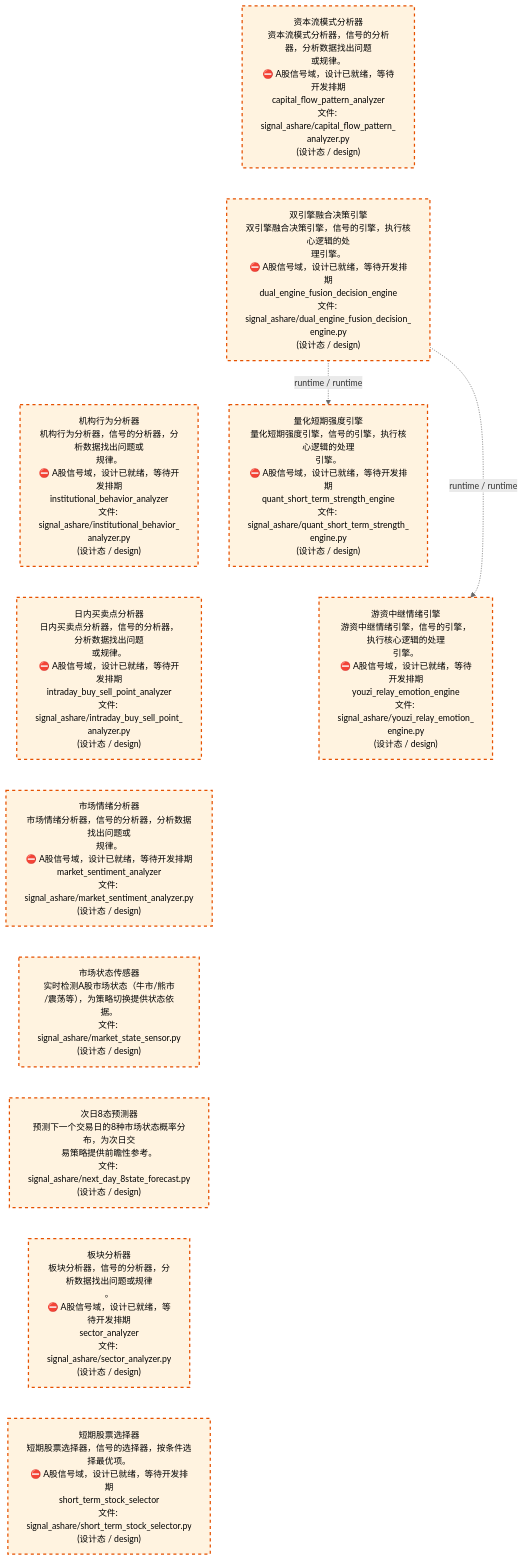
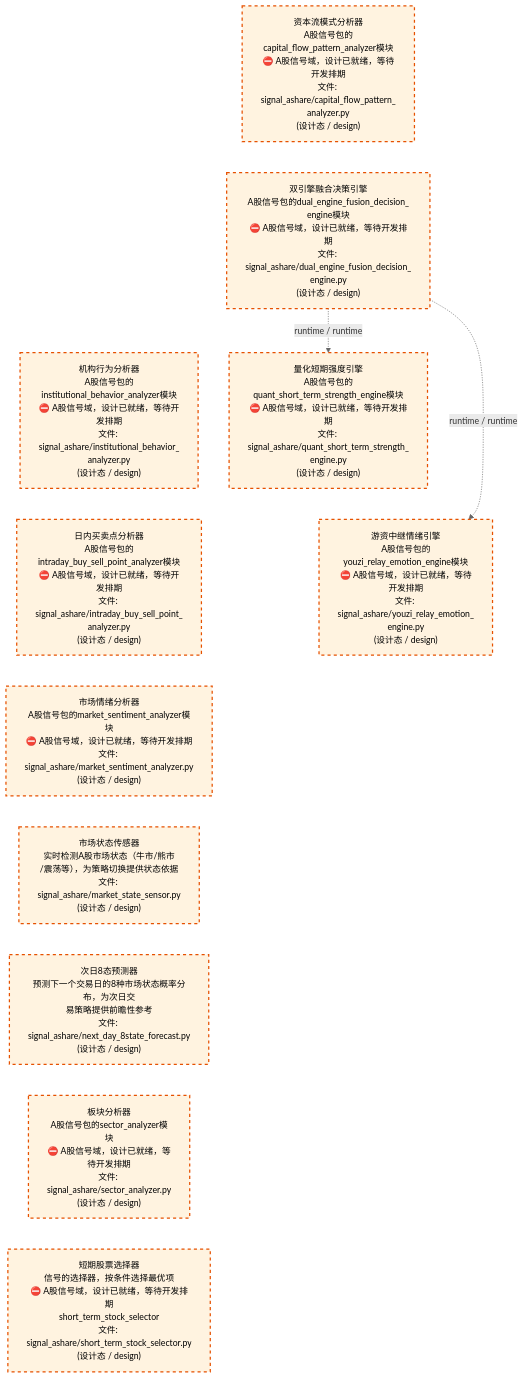
Before and after one commit to xuanFelixVan/ZephyrAlpha: the third of 4 diagrams in docs/02_enterprise_architecture/02_domain_architecture_docs/32_d_ashare_signal.md, drawn with Mermaid. The commit also changed other lines of this file and 62 other files, not shown here.

````diff
--- a/docs/02_enterprise_architecture/02_domain_architecture_docs/32_d_ashare_signal.md
+++ b/docs/02_enterprise_architecture/02_domain_architecture_docs/32_d_ashare_signal.md
@@ -137,31 +134,31 @@
 ```mermaid
 %%{init: {'theme': 'base', 'themeVariables': {'primaryColor': '#eaeaea', 'primaryTextColor': '#333333', 'primaryBorderColor': '#666666', 'lineColor': '#666666', 'secondaryColor': '#eaeaea', 'tertiaryColor': '#eaeaea', 'fontSize': '14px'}}}%%
 flowchart TD
-    src_zephyr_signal_ashare_capital_flow_pattern_analyzer_py["资本流模式分析器<br/>资本流模式分析器，信号的分析器，分析数据找出问题<br/>或规律。<br/>⛔ A股信号域，设计已就绪，等待开发排期<br/>capital_flow_pattern_analyzer<br/>文件: signal_ashare/capital_flow_pattern_<br/>analyzer.py<br/>(设计态 / design)"]
-    src_zephyr_signal_ashare_dual_engine_fusion_decision_engine_py["双引擎融合决策引擎<br/>双引擎融合决策引擎，信号的引擎，执行核心逻辑的处<br/>理引擎。<br/>⛔ A股信号域，设计已就绪，等待开发排期<br/>dual_engine_fusion_decision_engine<br/>文件: signal_ashare/dual_engine_fusion_decision_<br/>engine.py<br/>(设计态 / design)"]
-    src_zephyr_signal_ashare_institutional_behavior_analyzer_py["机构行为分析器<br/>机构行为分析器，信号的分析器，分析数据找出问题或<br/>规律。<br/>⛔ A股信号域，设计已就绪，等待开发排期<br/>institutional_behavior_analyzer<br/>文件: signal_ashare/institutional_behavior_<br/>analyzer.py<br/>(设计态 / design)"]
-    src_zephyr_signal_ashare_intraday_buy_sell_point_analyzer_py["日内买卖点分析器<br/>日内买卖点分析器，信号的分析器，分析数据找出问题<br/>或规律。<br/>⛔ A股信号域，设计已就绪，等待开发排期<br/>intraday_buy_sell_point_analyzer<br/>文件: signal_ashare/intraday_buy_sell_point_<br/>analyzer.py<br/>(设计态 / design)"]
-    src_zephyr_signal_ashare_market_sentiment_analyzer_py["市场情绪分析器<br/>市场情绪分析器，信号的分析器，分析数据找出问题或<br/>规律。<br/>⛔ A股信号域，设计已就绪，等待开发排期<br/>market_sentiment_analyzer<br/>文件: signal_ashare/market_sentiment_analyzer.py<br/>(设计态 / design)"]
-    src_zephyr_signal_ashare_market_state_sensor_py["市场状态传感器<br/>实时检测A股市场状态（牛市/熊市<br/>/震荡等），为策略切换提供状态依据。<br/>文件: signal_ashare/market_state_sensor.py<br/>(设计态 / design)"]
-    src_zephyr_signal_ashare_next_day_8state_forecast_py["次日8态预测器<br/>预测下一个交易日的8种市场状态概率分布，为次日交<br/>易策略提供前瞻性参考。<br/>文件: signal_ashare/next_day_8state_forecast.py<br/>(设计态 / design)"]
-    src_zephyr_signal_ashare_sector_analyzer_py["板块分析器<br/>板块分析器，信号的分析器，分析数据找出问题或规律<br/>。<br/>⛔ A股信号域，设计已就绪，等待开发排期<br/>sector_analyzer<br/>文件: signal_ashare/sector_analyzer.py<br/>(设计态 / design)"]
-    src_zephyr_signal_ashare_short_term_stock_selector_py["短期股票选择器<br/>短期股票选择器，信号的选择器，按条件选择最优项。<br/>⛔ A股信号域，设计已就绪，等待开发排期<br/>short_term_stock_selector<br/>文件: signal_ashare/short_term_stock_selector.py<br/>(设计态 / design)"]
+    src_zephyr_signal_ashare_capital_flow_pattern_analyzer_py["资本流模式分析器<br/>A股信号包的capital_flow_pattern_analyzer模块<br/>⛔ A股信号域，设计已就绪，等待开发排期<br/>文件: signal_ashare/capital_flow_pattern_<br/>analyzer.py<br/>(设计态 / design)"]
+    src_zephyr_signal_ashare_dual_engine_fusion_decision_engine_py["双引擎融合决策引擎<br/>A股信号包的dual_engine_fusion_decision_<br/>engine模块<br/>⛔ A股信号域，设计已就绪，等待开发排期<br/>文件: signal_ashare/dual_engine_fusion_decision_<br/>engine.py<br/>(设计态 / design)"]
+    src_zephyr_signal_ashare_institutional_behavior_analyzer_py["机构行为分析器<br/>A股信号包的institutional_behavior_analyzer模块<br/>⛔ A股信号域，设计已就绪，等待开发排期<br/>文件: signal_ashare/institutional_behavior_<br/>analyzer.py<br/>(设计态 / design)"]
+    src_zephyr_signal_ashare_intraday_buy_sell_point_analyzer_py["日内买卖点分析器<br/>A股信号包的intraday_buy_sell_point_analyzer模块<br/>⛔ A股信号域，设计已就绪，等待开发排期<br/>文件: signal_ashare/intraday_buy_sell_point_<br/>analyzer.py<br/>(设计态 / design)"]
+    src_zephyr_signal_ashare_market_sentiment_analyzer_py["市场情绪分析器<br/>A股信号包的market_sentiment_analyzer模块<br/>⛔ A股信号域，设计已就绪，等待开发排期<br/>文件: signal_ashare/market_sentiment_analyzer.py<br/>(设计态 / design)"]
+    src_zephyr_signal_ashare_market_state_sensor_py["市场状态传感器<br/>实时检测A股市场状态（牛市/熊市<br/>/震荡等），为策略切换提供状态依据<br/>文件: signal_ashare/market_state_sensor.py<br/>(设计态 / design)"]
+    src_zephyr_signal_ashare_next_day_8state_forecast_py["次日8态预测器<br/>预测下一个交易日的8种市场状态概率分布，为次日交<br/>易策略提供前瞻性参考<br/>文件: signal_ashare/next_day_8state_forecast.py<br/>(设计态 / design)"]
+    src_zephyr_signal_ashare_sector_analyzer_py["板块分析器<br/>A股信号包的sector_analyzer模块<br/>⛔ A股信号域，设计已就绪，等待开发排期<br/>文件: signal_ashare/sector_analyzer.py<br/>(设计态 / design)"]
+    src_zephyr_signal_ashare_short_term_stock_selector_py["短期股票选择器<br/>信号的选择器，按条件选择最优项<br/>⛔ A股信号域，设计已就绪，等待开发排期<br/>short_term_stock_selector<br/>文件: signal_ashare/short_term_stock_selector.py<br/>(设计态 / design)"]
     src_zephyr_signal_ashare_capital_flow_pattern_analyzer_py ~~~ src_zephyr_signal_ashare_dual_engine_fusion_decision_engine_py
     src_zephyr_signal_ashare_dual_engine_fusion_decision_engine_py ~~~ src_zephyr_signal_ashare_institutional_behavior_analyzer_py
     src_zephyr_signal_ashare_institutional_behavior_analyzer_py ~~~ src_zephyr_signal_ashare_intraday_buy_sell_point_analyzer_py
     src_zephyr_signal_ashare_intraday_buy_sell_point_analyzer_py ~~~ src_zephyr_signal_ashare_market_sentiment_analyzer_py
     src_zephyr_signal_ashare_market_sentiment_analyzer_py ~~~ src_zephyr_signal_ashare_market_state_sensor_py
     src_zephyr_signal_ashare_market_state_sensor_py ~~~ src_zephyr_signal_ashare_next_day_8state_forecast_py
     src_zephyr_signal_ashare_next_day_8state_forecast_py ~~~ src_zephyr_signal_ashare_sector_analyzer_py
     src_zephyr_signal_ashare_sector_analyzer_py ~~~ src_zephyr_signal_ashare_short_term_stock_selector_py
-    src_zephyr_signal_ashare_quant_short_term_strength_engine_py["量化短期强度引擎<br/>量化短期强度引擎，信号的引擎，执行核心逻辑的处理<br/>引擎。<br/>⛔ A股信号域，设计已就绪，等待开发排期<br/>quant_short_term_strength_engine<br/>文件: signal_ashare/quant_short_term_strength_<br/>engine.py<br/>(设计态 / design)"]
-    src_zephyr_signal_ashare_youzi_relay_emotion_engine_py["游资中继情绪引擎<br/>游资中继情绪引擎，信号的引擎，执行核心逻辑的处理<br/>引擎。<br/>⛔ A股信号域，设计已就绪，等待开发排期<br/>youzi_relay_emotion_engine<br/>文件: signal_ashare/youzi_relay_emotion_<br/>engine.py<br/>(设计态 / design)"]
+    src_zephyr_signal_ashare_quant_short_term_strength_engine_py["量化短期强度引擎<br/>A股信号包的quant_short_term_strength_engine模块<br/>⛔ A股信号域，设计已就绪，等待开发排期<br/>文件: signal_ashare/quant_short_term_strength_<br/>engine.py<br/>(设计态 / design)"]
+    src_zephyr_signal_ashare_youzi_relay_emotion_engine_py["游资中继情绪引擎<br/>A股信号包的youzi_relay_emotion_engine模块<br/>⛔ A股信号域，设计已就绪，等待开发排期<br/>文件: signal_ashare/youzi_relay_emotion_<br/>engine.py<br/>(设计态 / design)"]
     src_zephyr_signal_ashare_quant_short_term_strength_engine_py ~~~ src_zephyr_signal_ashare_youzi_relay_emotion_engine_py
     src_zephyr_signal_ashare_dual_engine_fusion_decision_engine_py -.->|runtime / runtime| src_zephyr_signal_ashare_youzi_relay_emotion_engine_py
     src_zephyr_signal_ashare_dual_engine_fusion_decision_engine_py -.->|runtime / runtime| src_zephyr_signal_ashare_quant_short_term_strength_engine_py
     classDef production fill:#e1f5fe,stroke:#01579b,stroke-width:2px,color:#000
     classDef design fill:#fff3e0,stroke:#e65100,stroke-width:2px,color:#000,stroke-dasharray: 5 5
     classDef external_prod fill:#e8f4fd,stroke:#0277bd,stroke-width:1px,color:#000
     classDef external_design fill:#fff8e7,stroke:#ef6c00,stroke-width:1px,color:#000,stroke-dasharray: 5 5
     class src_zephyr_signal_ashare_capital_flow_pattern_analyzer_py,src_zephyr_signal_ashare_dual_engine_fusion_decision_engine_py,src_zephyr_signal_ashare_institutional_behavior_analyzer_py,src_zephyr_signal_ashare_intraday_buy_sell_point_analyzer_py,src_zephyr_signal_ashare_market_sentiment_analyzer_py,src_zephyr_signal_ashare_market_state_sensor_py,src_zephyr_signal_ashare_next_day_8state_forecast_py,src_zephyr_signal_ashare_quant_short_term_strength_engine_py,src_zephyr_signal_ashare_sector_analyzer_py,src_zephyr_signal_ashare_short_term_stock_selector_py,src_zephyr_signal_ashare_youzi_relay_emotion_engine_py design
 ```
````
